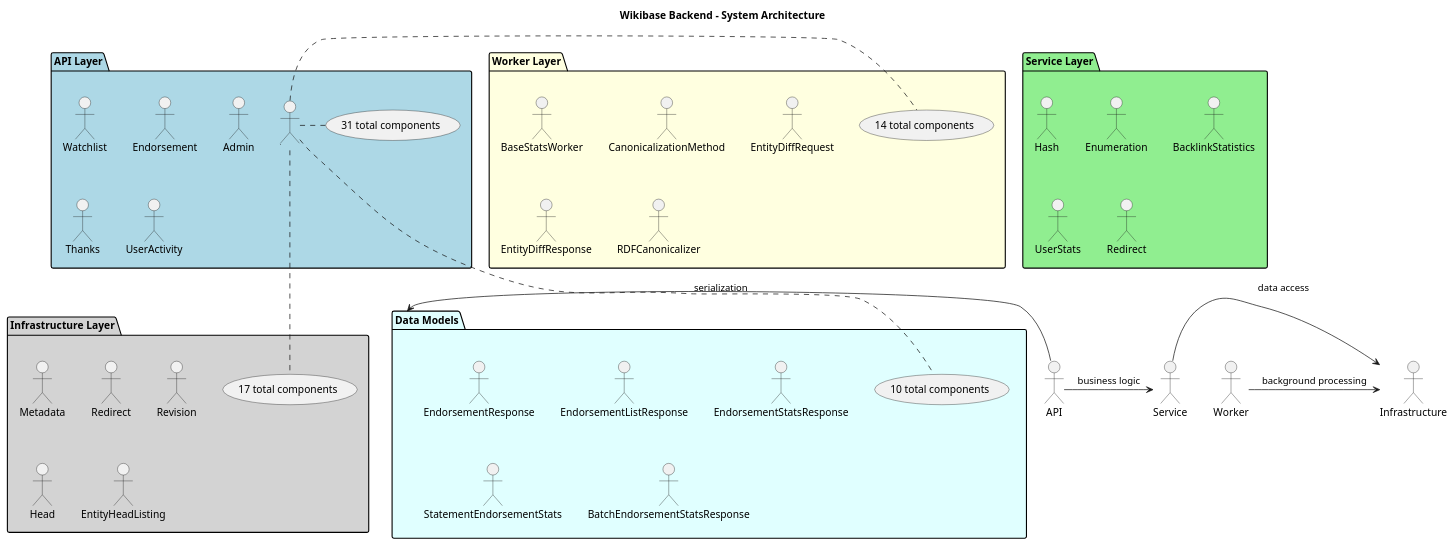
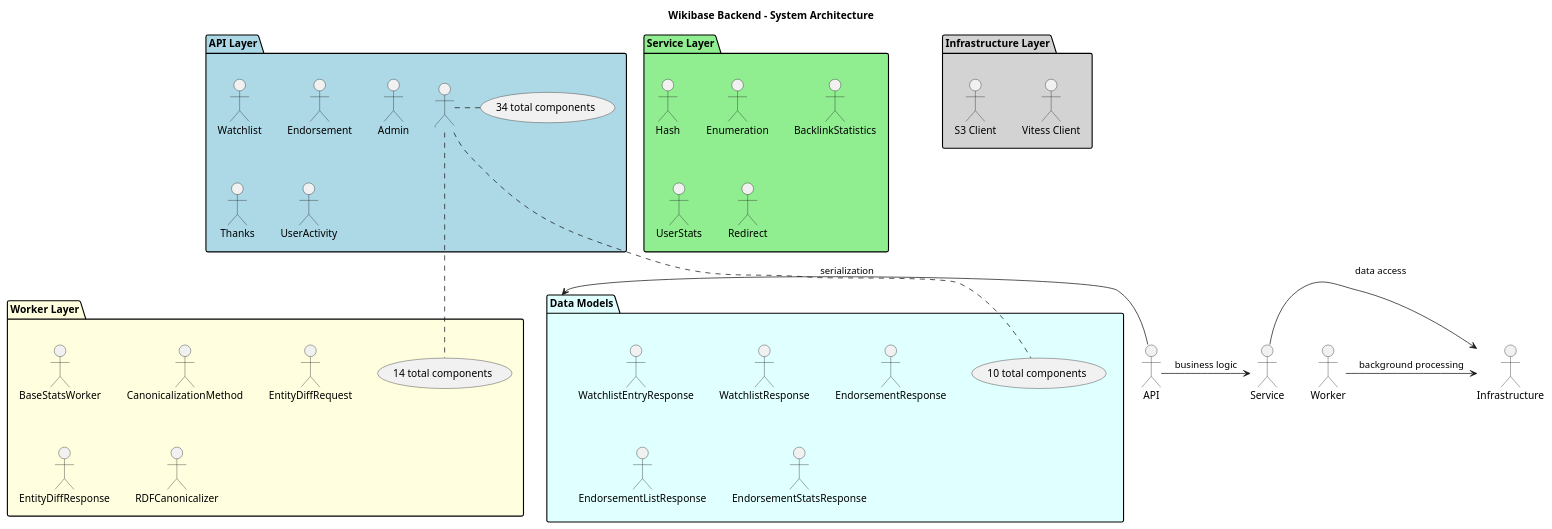
Before and after one commit to dpriskorn/entitybase-backend: the diagram in doc/DIAGRAMS/system_architecture.puml, drawn with PlantUML. The commit also changed 15 other files, not shown here.

```diff
--- a/doc/DIAGRAMS/system_architecture.puml
+++ b/doc/DIAGRAMS/system_architecture.puml
@@ -1,56 +1,52 @@
 @startuml System Architecture
 
 title Wikibase Backend - System Architecture
 
 package "API Layer" as APILayer #LightBlue {
     "Watchlist" as WatchlistHandler
     "Endorsement" as EndorsementHandler
     "Admin" as AdminHandler
     "Thanks" as ThanksHandler
     "UserActivity" as UserActivityHandler
-    ... (31 total components)
+    ... (34 total components)
 }
 
 package "Service Layer" as ServiceLayer #LightGreen {
     "Hash" as HashService
     "Enumeration" as EnumerationService
     "BacklinkStatistics" as BacklinkStatisticsService
     "UserStats" as UserStatsService
     "Redirect" as RedirectService
 }
 
 package "Worker Layer" as WorkerLayer #LightYellow {
     "BaseStatsWorker" as BaseStatsWorker
     "CanonicalizationMethod" as CanonicalizationMethod
     "EntityDiffRequest" as EntityDiffRequest
     "EntityDiffResponse" as EntityDiffResponse
     "RDFCanonicalizer" as RDFCanonicalizer
     ... (14 total components)
 }
 
 package "Infrastructure Layer" as InfrastructureLayer #LightGray {
-    "Metadata" as MetadataRepository
-    "Redirect" as RedirectRepository
-    "Revision" as RevisionRepository
-    "Head" as HeadRepository
-    "EntityHeadListing" as EntityHeadListing
-    ... (17 total components)
+    "Vitess Client" as Vitess_Client
+    "S3 Client" as S3_Client
 }
 
 package "Data Models" as DataModels #LightCyan {
+    "WatchlistEntryResponse" as WatchlistEntryResponse
+    "WatchlistResponse" as WatchlistResponse
     "EndorsementResponse" as EndorsementResponse
     "EndorsementListResponse" as EndorsementListResponse
     "EndorsementStatsResponse" as EndorsementStatsResponse
-    "StatementEndorsementStats" as StatementEndorsementStats
-    "BatchEndorsementStatsResponse" as BatchEndorsementStatsResponse
     ... (10 total components)
 }
 
 
 ' Relationships
 API -> Service : business logic
 Service -> Infrastructure : data access
 Worker -> Infrastructure : background processing
 API -> DataModels : serialization
 
 @enduml
```
